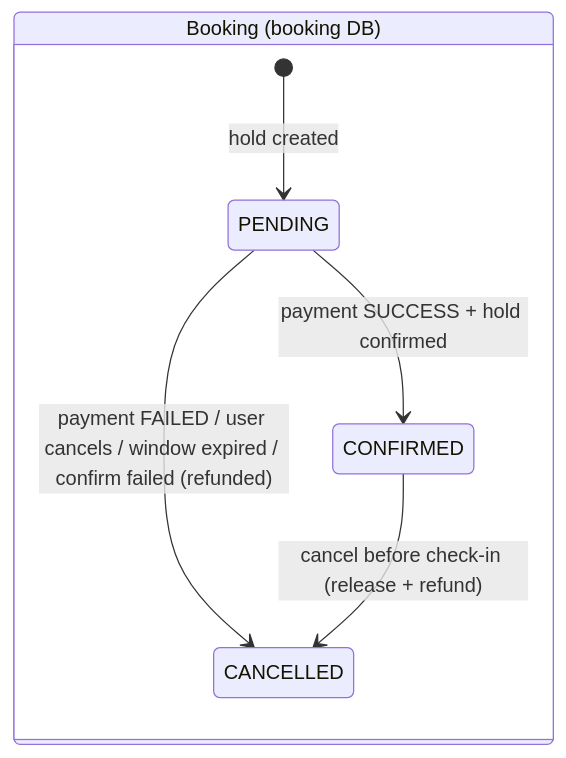
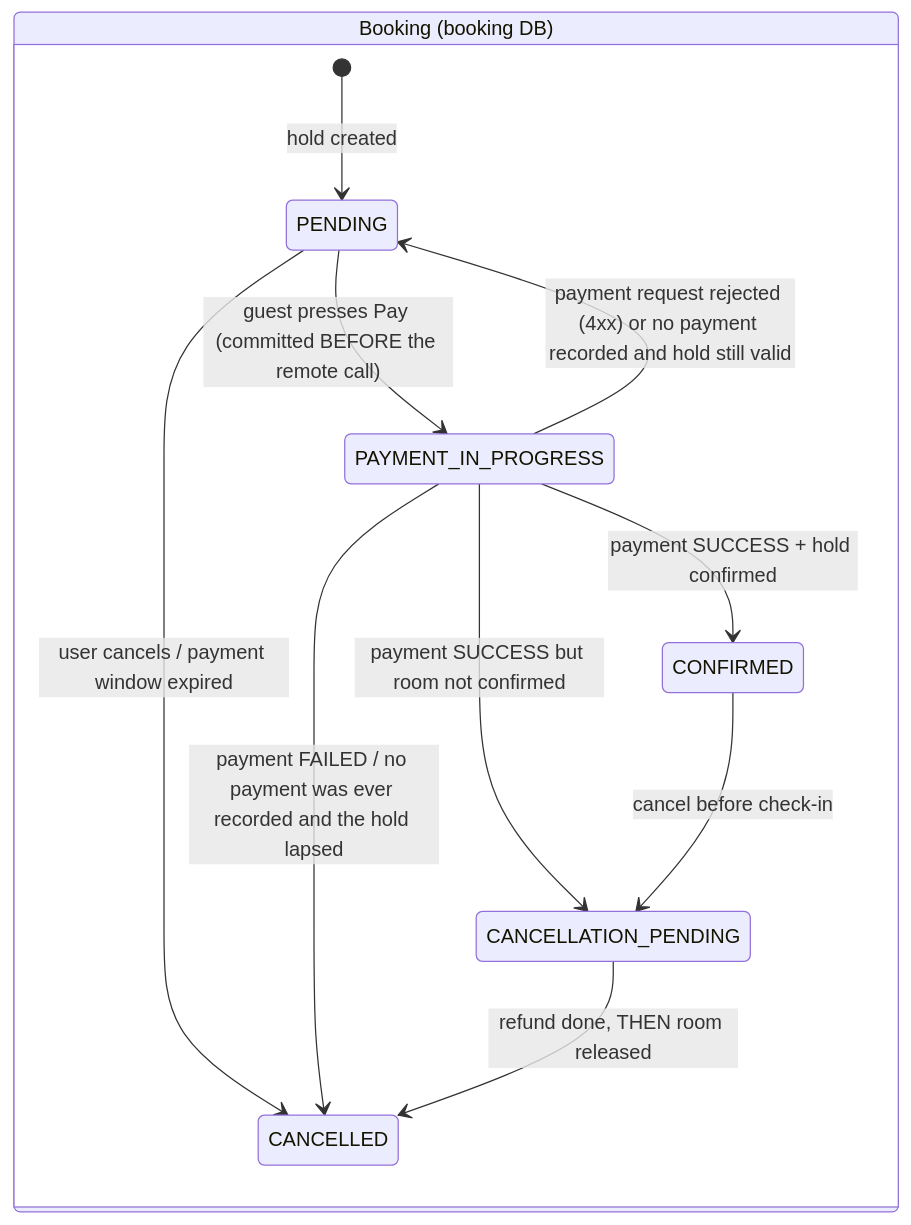
One commit to Rameshkumar31595/GrandVista changed the first of 2 diagrams in docs/review-1/09-booking-workflow.md. Above: the diagram before and after it, drawn with Mermaid. The commit also changed other lines of this file and 114 other files, not shown here.

````diff
--- a/docs/review-1/09-booking-workflow.md
+++ b/docs/review-1/09-booking-workflow.md
@@ -5,10 +5,15 @@
 ```mermaid
 stateDiagram-v2
     direction LR
     state "Booking (booking DB)" as B {
         [*] --> PENDING: hold created
-        PENDING --> CONFIRMED: payment SUCCESS + hold confirmed
-        PENDING --> CANCELLED: payment FAILED / user cancels / window expired / confirm failed (refunded)
-        CONFIRMED --> CANCELLED: cancel before check-in (release + refund)
+        PENDING --> PAYMENT_IN_PROGRESS: guest presses Pay (committed BEFORE the remote call)
+        PENDING --> CANCELLED: user cancels / payment window expired
+        PAYMENT_IN_PROGRESS --> CONFIRMED: payment SUCCESS + hold confirmed
+        PAYMENT_IN_PROGRESS --> CANCELLED: payment FAILED / no payment was ever recorded and the hold lapsed
+        PAYMENT_IN_PROGRESS --> PENDING: payment request rejected (4xx) or no payment recorded and hold still valid
+        PAYMENT_IN_PROGRESS --> CANCELLATION_PENDING: payment SUCCESS but room not confirmed
+        CONFIRMED --> CANCELLATION_PENDING: cancel before check-in
+        CANCELLATION_PENDING --> CANCELLED: refund done, THEN room released
     }
 ```
````
